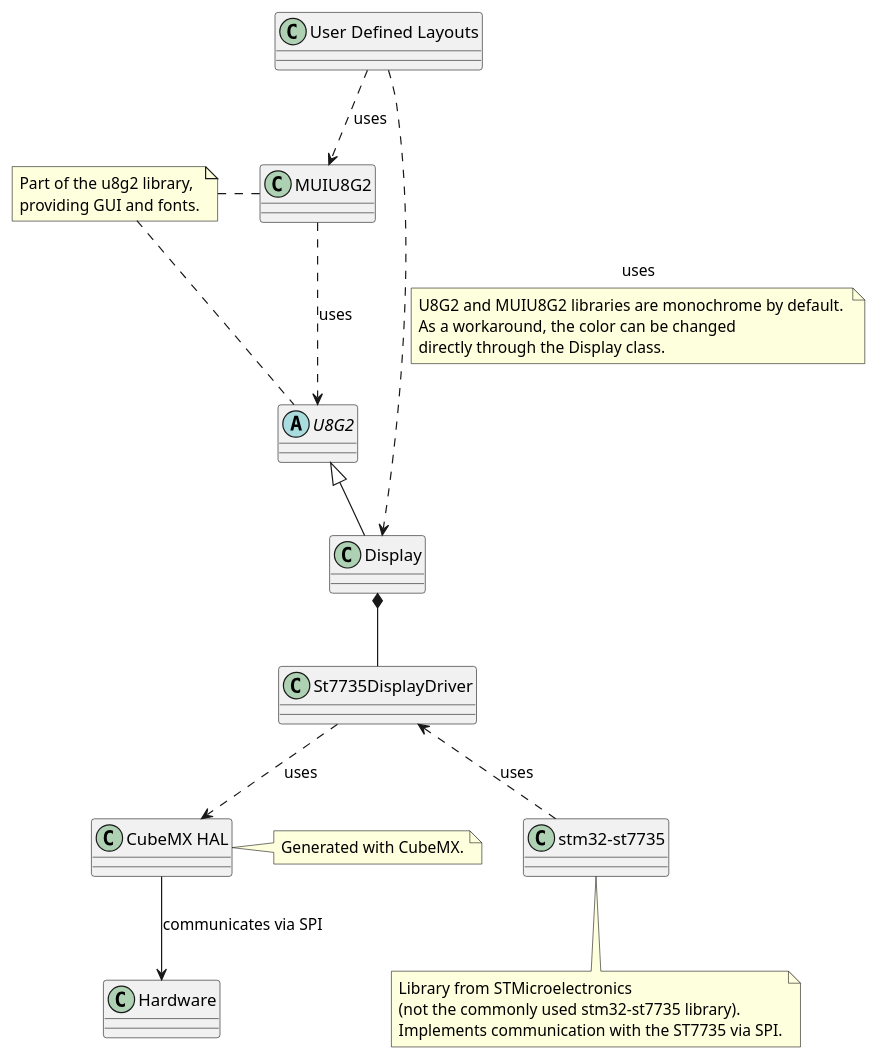
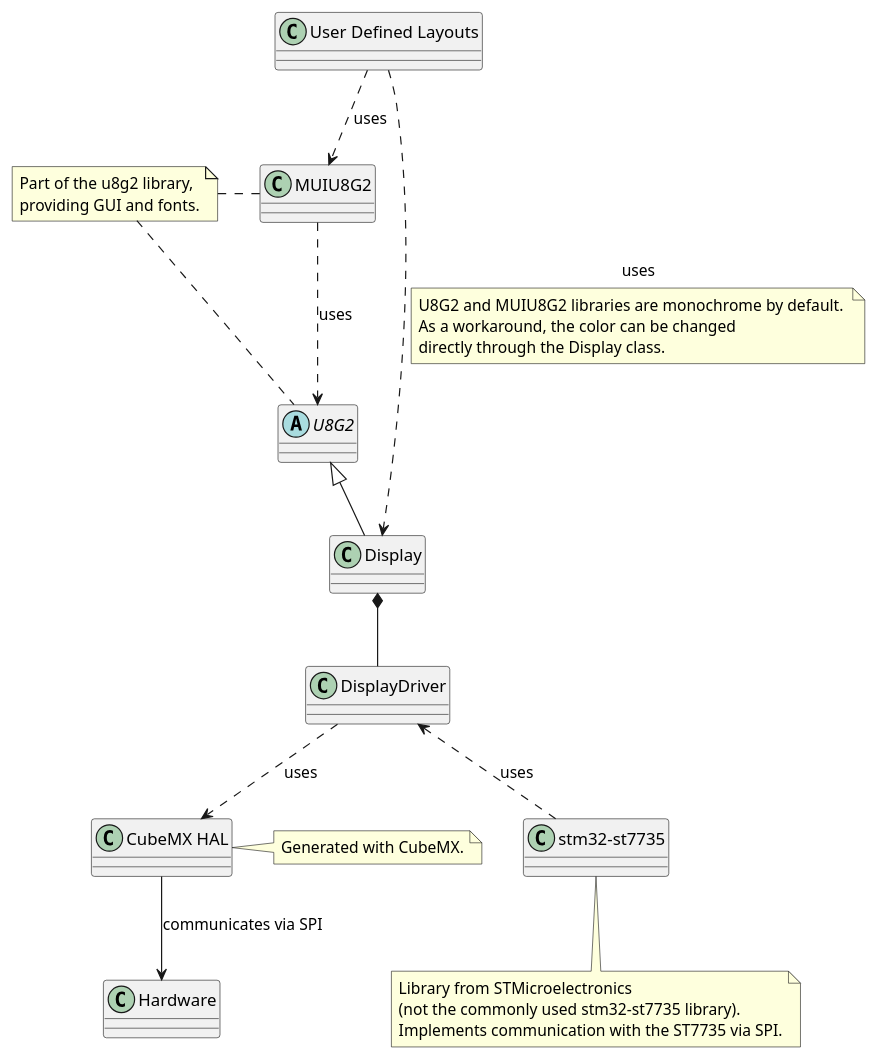
One commit to RobertGawron/HardwareDataLogger changed the diagram in Documentation/Diagrams/DisplayClassDiagram.plantuml. Above: the diagram before and after it, drawn with PlantUML. The commit also changed 169 other files, not shown here.

```diff
--- a/Documentation/Diagrams/DisplayClassDiagram.plantuml
+++ b/Documentation/Diagrams/DisplayClassDiagram.plantuml
@@ -1,54 +1,54 @@
 @startuml
 abstract U8G2
 class Display
-class St7735DisplayDriver
+class DisplayDriver
 class "stm32-st7735"
 class "CubeMX HAL"
 class MUIU8G2
 class "User Defined Layouts"
 class Hardware
 
 U8G2 <|-- Display
 
-Display *-- St7735DisplayDriver
+Display *-- DisplayDriver
 
-St7735DisplayDriver ..> "CubeMX HAL" : uses
+DisplayDriver ..> "CubeMX HAL" : uses
 
-"stm32-st7735" .up.> St7735DisplayDriver : uses
+"stm32-st7735" .up.> DisplayDriver : uses
 
 "CubeMX HAL" --> Hardware : communicates via SPI
 
 MUIU8G2 ..> U8G2 : uses
 
 "User Defined Layouts" ..> MUIU8G2 : uses
 
 "User Defined Layouts" ..> Display : uses
 
 note on link
 U8G2 and MUIU8G2 libraries are monochrome by default. 
 As a workaround, the color can be changed 
 directly through the Display class.
 end note
 
 ' Note for "stm32-st7735"
 note bottom of "stm32-st7735"
 Library from STMicroelectronics 
 (not the commonly used stm32-st7735 library). 
 Implements communication with the ST7735 via SPI.
 end note
 
 ' Note for "CubeMX HAL"
 note as CubeMX_NOTE
 Generated with CubeMX.
 end note
 "CubeMX HAL" .right. CubeMX_NOTE
 
 ' Note for U8G2 and MUIU8G2
 note as U8G2_NOTE
 Part of the u8g2 library, 
 providing GUI and fonts.
 end note
 
 MUIU8G2 .left. U8G2_NOTE
 U8G2 .left. U8G2_NOTE
 @enduml
```
